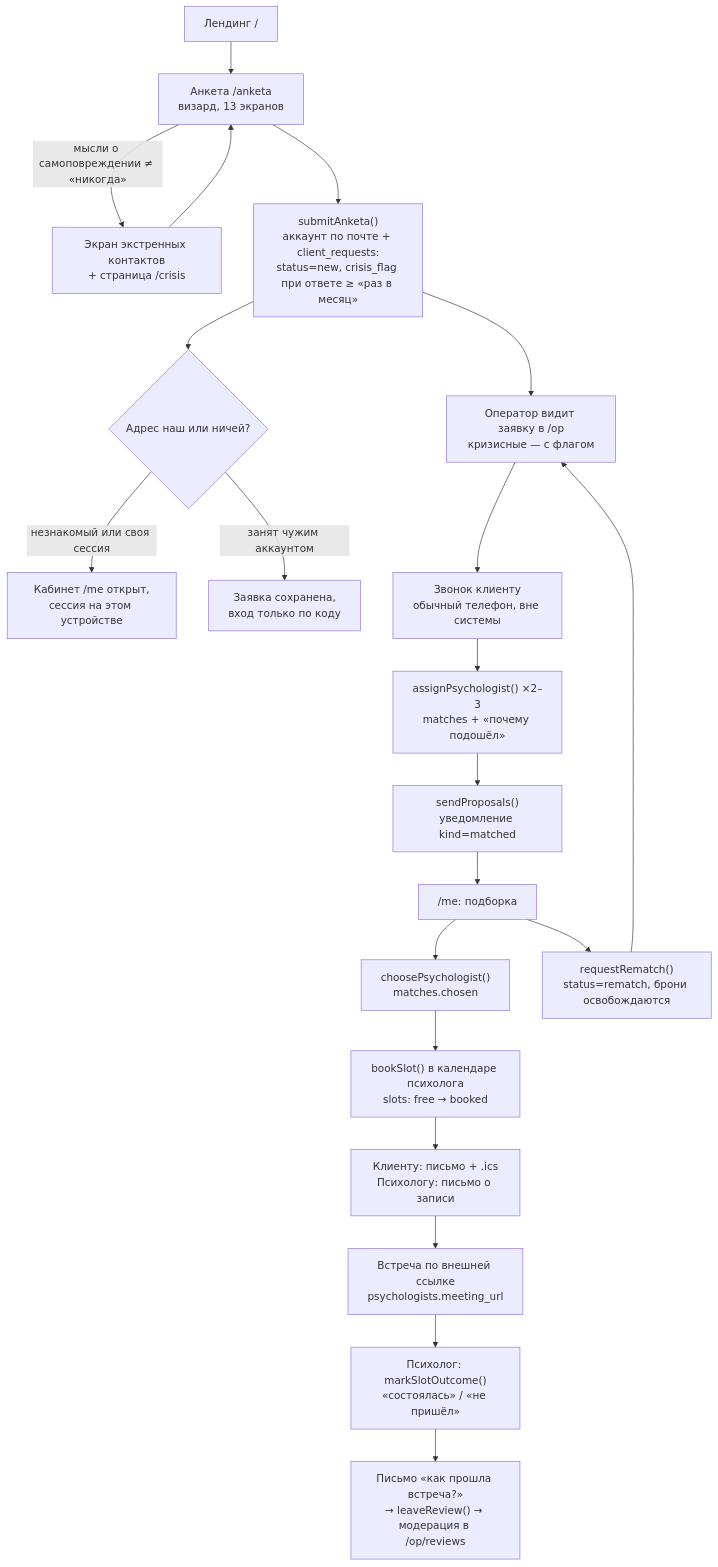
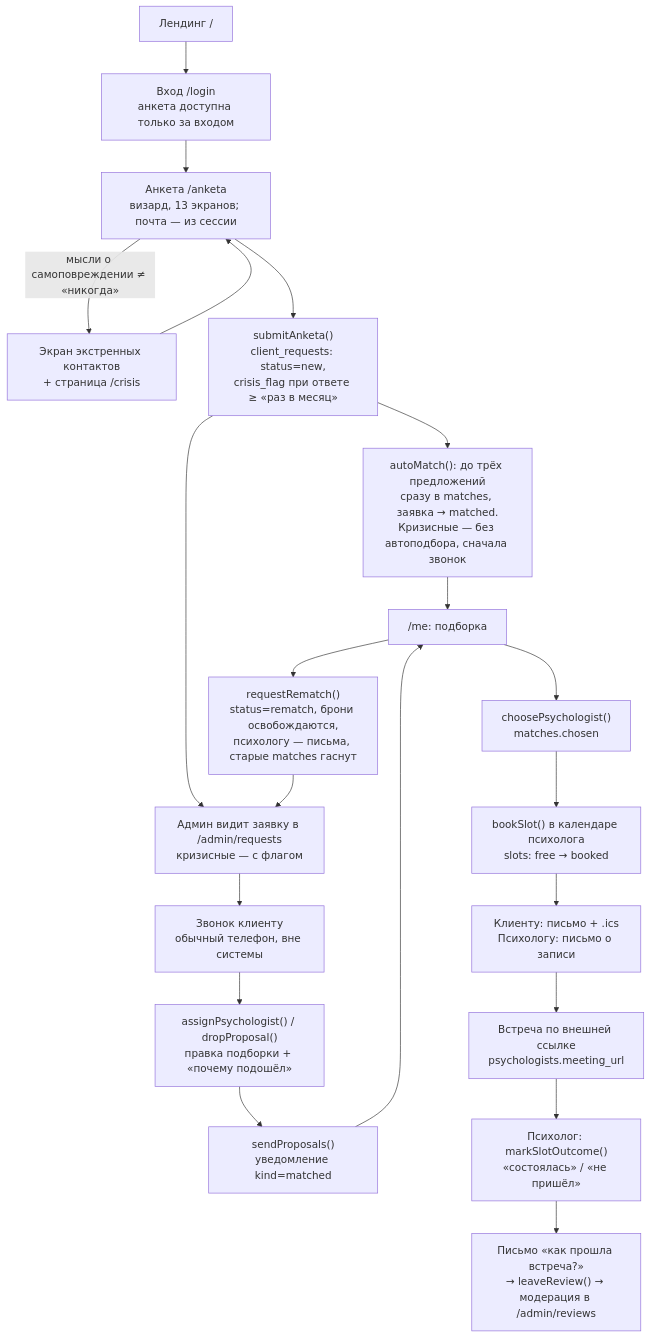
The first of 5 diagrams in docs/spec/flow.md (goosen-x/mipsy), drawn with Mermaid before and after one commit. The commit also changed other lines of this file and 6 other files, not shown here.

````diff
--- a/docs/spec/flow.md
+++ b/docs/spec/flow.md
@@ -18,23 +18,23 @@
 ```mermaid
 flowchart TD
-  L["Лендинг /"] --> A["Анкета /anketa<br/>визард, 13 экранов"]
+  L["Лендинг /"] --> LG["Вход /login<br/>анкета доступна только за входом"]
+  LG --> A["Анкета /anketa<br/>визард, 13 экранов; почта — из сессии"]
   A -->|"мысли о самоповреждении ≠ «никогда»"| C["Экран экстренных контактов<br/>+ страница /crisis"]
   C --> A
-  A --> S["submitAnketa()<br/>аккаунт по почте + client_requests:<br/>status=new, crisis_flag при ответе ≥ «раз в месяц»"]
-  S --> OWN{"Адрес наш или ничей?"}
-  OWN -->|"незнакомый или своя сессия"| T["Кабинет /me открыт,<br/>сессия на этом устройстве"]
-  OWN -->|"занят чужим аккаунтом"| LOG2["Заявка сохранена,<br/>вход только по коду"]
-  S --> OP["Оператор видит заявку в /op<br/>кризисные — с флагом"]
+  A --> S["submitAnketa()<br/>client_requests: status=new,<br/>crisis_flag при ответе ≥ «раз в месяц»"]
+  S --> AM["autoMatch(): до трёх предложений<br/>сразу в matches, заявка → matched.<br/>Кризисные — без автоподбора, сначала звонок"]
+  S --> OP["Админ видит заявку в /admin/requests<br/>кризисные — с флагом"]
   OP --> CALL["Звонок клиенту<br/>обычный телефон, вне системы"]
-  CALL --> M["assignPsychologist() ×2–3<br/>matches + «почему подошёл»"]
+  CALL --> M["assignPsychologist() / dropProposal()<br/>правка подборки + «почему подошёл»"]
   M --> SP["sendProposals()<br/>уведомление kind=matched"]
-  SP --> ME["/me: подборка"]
+  AM --> ME["/me: подборка"]
+  SP --> ME
   ME --> CH["choosePsychologist()<br/>matches.chosen"]
   CH --> BK["bookSlot() в календаре психолога<br/>slots: free → booked"]
   BK --> N1["Клиенту: письмо + .ics<br/>Психологу: письмо о записи"]
   N1 --> V["Встреча по внешней ссылке<br/>psychologists.meeting_url"]
   V --> MK["Психолог: markSlotOutcome()<br/>«состоялась» / «не пришёл»"]
-  MK --> RV["Письмо «как прошла встреча?»<br/>→ leaveReview() → модерация в /op/reviews"]
-  ME --> RM["requestRematch()<br/>status=rematch, брони освобождаются"]
+  MK --> RV["Письмо «как прошла встреча?»<br/>→ leaveReview() → модерация в /admin/reviews"]
+  ME --> RM["requestRematch()<br/>status=rematch, брони освобождаются,<br/>психологу — письма, старые matches гаснут"]
   RM --> OP
 ```
````
